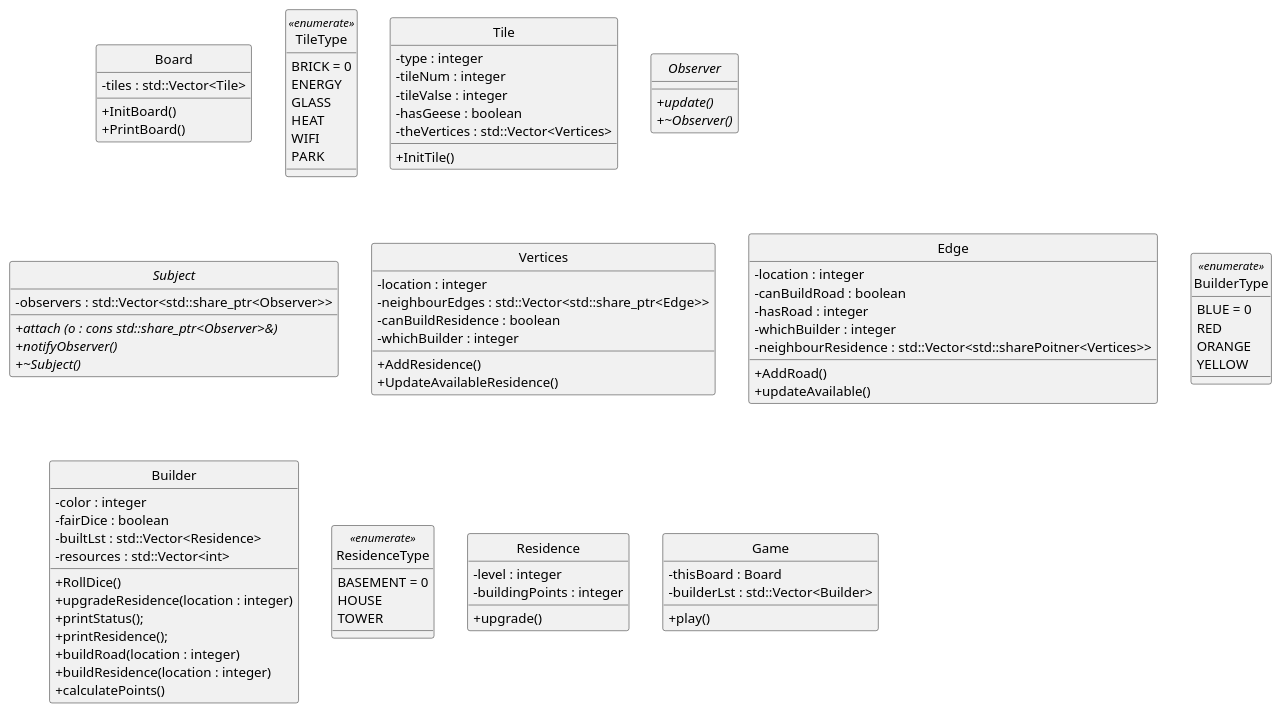
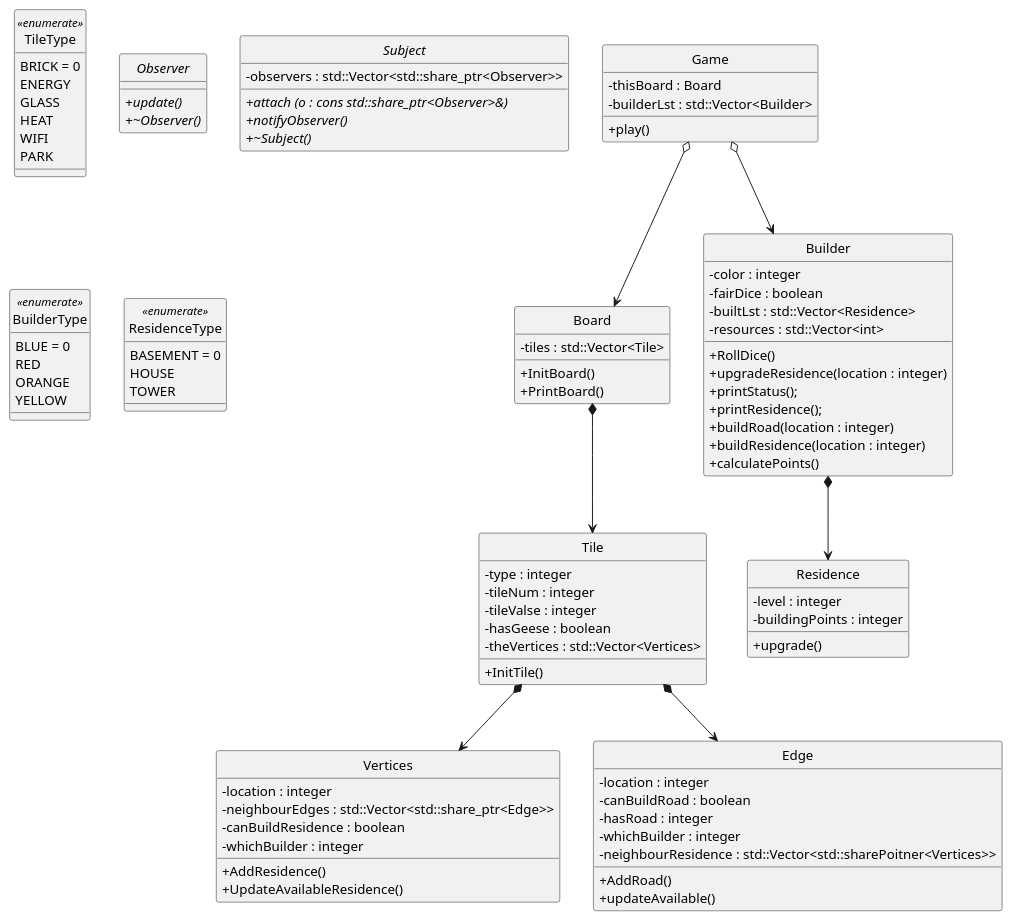
The diagram in UML.wsd (Charles-Shang/constructor), drawn with PlantUML before and after one commit.

```diff
--- a/UML.wsd
+++ b/UML.wsd
@@ -1,111 +1,118 @@
 @startuml CS246 Final Project UML 
 skinparam style strictuml
 skinparam SequenceMessageAlignment center
 skinparam classAttributeIconSize 0
 
 ' class Board  
 ' class TileType
 ' class Tile
 ' class Observer
 ' class Subject
 ' class Vertices
 ' class Edge
 ' class BuilderType
 ' class Builder
 ' class ResidenceType
 ' class Residence
 ' class Game
 
 class Board  {
     -tiles : std::Vector<Tile>
     +InitBoard()
     +PrintBoard()
 } 
 
 enum TileType << enumerate >> {
     BRICK = 0
     ENERGY 
     GLASS 
     HEAT 
     WIFI 
     PARK
 }
 
 class Tile {
     - type : integer
     - tileNum : integer
     - tileValse : integer
     - hasGeese : boolean
     - theVertices : std::Vector<Vertices>
     + InitTile()
 } 
 abstract class Observer {
     + {abstract} update()
     + {abstract} ~Observer()
 }
 
 abstract class Subject {
     - observers : std::Vector<std::share_ptr<Observer>>
     + {abstract} attach (o : cons std::share_ptr<Observer>&)
     + {abstract} notifyObserver()
     + {abstract} ~Subject()
 }
 
 class Vertices {
     - location : integer
     - neighbourEdges : std::Vector<std::share_ptr<Edge>> 
     - canBuildResidence : boolean
     - whichBuilder : integer
     + AddResidence()
     + UpdateAvailableResidence()
 }
 
 class Edge {
     - location : integer 
     - canBuildRoad : boolean
     - hasRoad : integer 
     - whichBuilder : integer 
     - neighbourResidence : std::Vector<std::sharePoitner<Vertices>>
     + AddRoad()
     + updateAvailable() 
 }
 
 enum BuilderType << enumerate >> {
     BLUE = 0
     RED 
     ORANGE 
     YELLOW 
 }
 
 class Builder {
     - color : integer 
     - fairDice : boolean
     - builtLst : std::Vector<Residence> 
     - resources : std::Vector<int>
     + RollDice()
     + upgradeResidence(location : integer)
     + printStatus();
     + printResidence();
     + buildRoad(location : integer) 
     + buildResidence(location : integer)
     + calculatePoints()
 }
 
 enum ResidenceType << enumerate >> {
     BASEMENT = 0
     HOUSE
     TOWER  
 }
 
 class Residence {
     - level : integer 
     - buildingPoints : integer 
     + upgrade()
 }
 
 class Game {
     - thisBoard : Board 
     - builderLst : std::Vector<Builder>
     + play()
 }
+Game o--> Board
+Game o--> Builder
+Board *--> Tile
+Tile *--> Edge
+Tile *--> Vertices
+Builder *--> Residence
+
 @enduml
```
